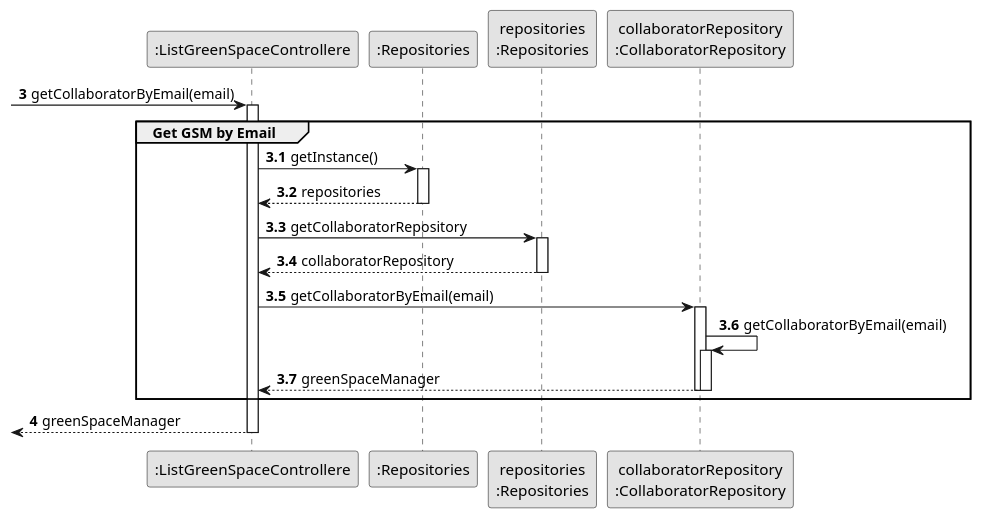
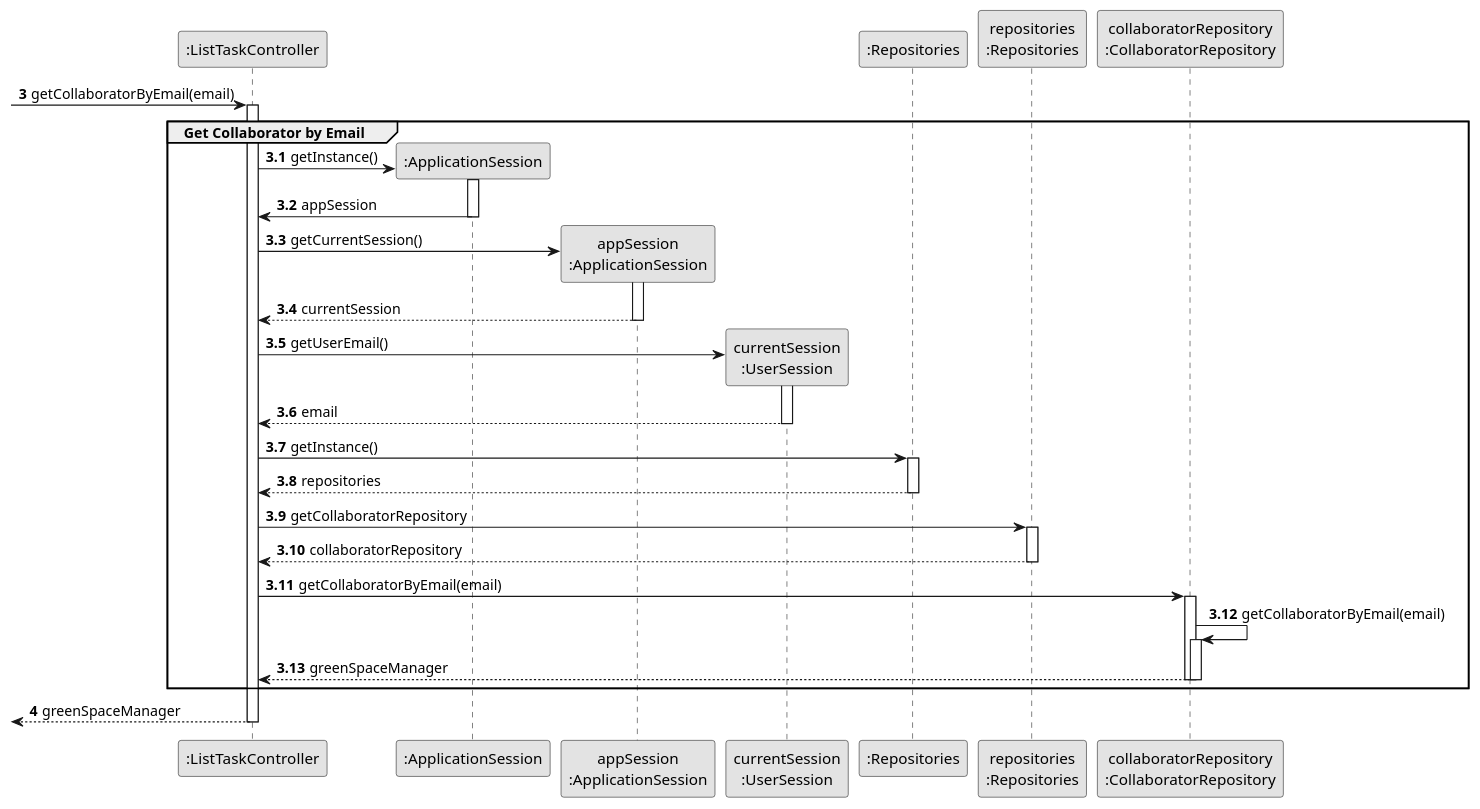
The diagram in docs/sprintC/us027/03.design/puml/us027-sequence-diagram-partial-get-GSM-by-email.puml (diogoveirospro/lei-24-s2-1dg-g072), drawn with PlantUML before and after one commit. The commit also changed 26 other files, not shown here.

```diff
--- a/docs/sprintC/us027/03.design/puml/us027-sequence-diagram-partial-get-GSM-by-email.puml
+++ b/docs/sprintC/us027/03.design/puml/us027-sequence-diagram-partial-get-GSM-by-email.puml
@@ -1,52 +1,70 @@
 @startuml
 skinparam monochrome true
 skinparam packageStyle rectangle
 skinparam shadowing false
 
 autonumber
 
 'hide footbox
-participant ":ListGreenSpaceControllere" as CTRL
+
+participant ":ListTaskController" as CTRL
+participant ":ApplicationSession" as _APP
+participant "appSession\n:ApplicationSession" as APP
+participant "currentSession\n:UserSession" as SESSION
 participant ":Repositories" as RepositorySingleton
 participant "repositories\n:Repositories" as REP
 participant "collaboratorRepository\n:CollaboratorRepository" as collaboratorRepository
 
 autonumber 3
 
  -> CTRL : getCollaboratorByEmail(email)
 autonumber 3.1
 activate CTRL
-    group Get GSM by Email
+    group Get Collaborator by Email
 
+        CTRL -> _APP**: getInstance()
+                   activate _APP
 
-                        CTRL -> RepositorySingleton : getInstance()
-                            activate RepositorySingleton
+                        _APP -> CTRL: appSession
+                   deactivate _APP
 
-                            RepositorySingleton --> CTRL : repositories
-                            deactivate RepositorySingleton
+                   CTRL -> APP**: getCurrentSession()
+                   activate APP
 
-                        CTRL -> REP : getCollaboratorRepository
-                            activate REP
+                        APP --> CTRL: currentSession
+                   deactivate APP
 
-                            REP --> CTRL : collaboratorRepository
-                            deactivate REP
+                   CTRL -> SESSION**: getUserEmail()
+                   activate SESSION
 
-                        CTRL -> collaboratorRepository : getCollaboratorByEmail(email)
-                            activate collaboratorRepository
+                        SESSION --> CTRL: email
+                   deactivate SESSION
+        CTRL -> RepositorySingleton: getInstance()
+        activate RepositorySingleton
 
-                            collaboratorRepository -> collaboratorRepository : getCollaboratorByEmail(email)
-                            activate collaboratorRepository
+            RepositorySingleton --> CTRL: repositories
+        deactivate RepositorySingleton
 
-                            collaboratorRepository --> CTRL : greenSpaceManager
+        CTRL -> REP: getCollaboratorRepository
+        activate REP
 
-                                deactivate collaboratorRepository
+            REP --> CTRL: collaboratorRepository
+        deactivate REP
 
-                            deactivate collaboratorRepository
+        CTRL -> collaboratorRepository: getCollaboratorByEmail(email)
+        activate collaboratorRepository
+
+            collaboratorRepository -> collaboratorRepository: getCollaboratorByEmail(email)
+            activate collaboratorRepository
+
+                collaboratorRepository --> CTRL: greenSpaceManager
+            deactivate collaboratorRepository
+
+        deactivate collaboratorRepository
 
     end
     autonumber 4
-     <-- CTRL  : greenSpaceManager
+        <-- CTRL  : greenSpaceManager
 deactivate CTRL
 
-
 @enduml
```
